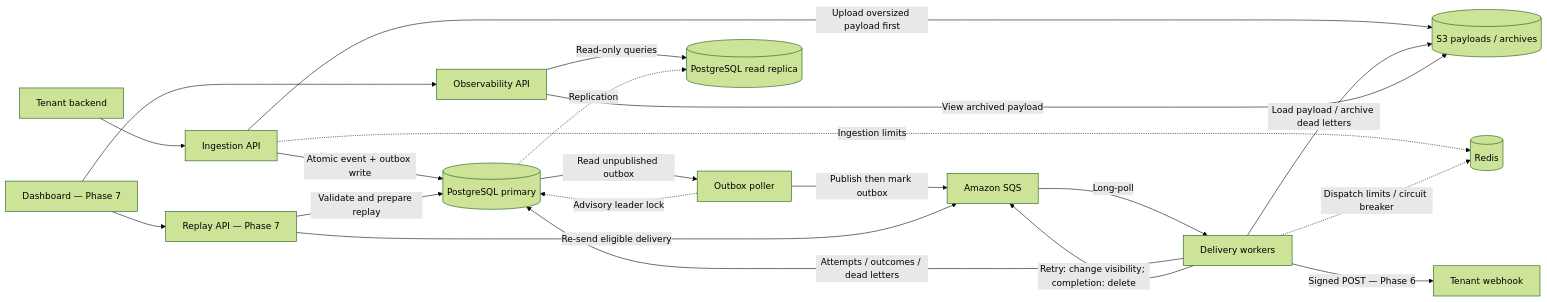
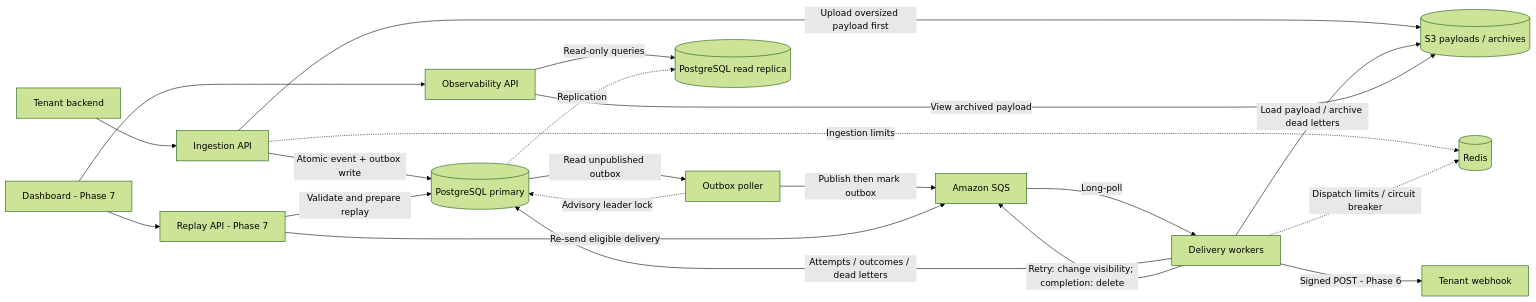
One commit to shreya-mishra325/waybill changed the diagram in docs/project-guide.md. Above: the diagram before and after it, drawn with Mermaid (forest theme). The commit also changed other lines of this file and 2 other files, not shown here.

Commit message:
docs: refine architecture documentation and remove Excalidraw references

````diff
--- a/docs/project-guide.md
+++ b/docs/project-guide.md
@@ -44,23 +44,23 @@
 ```mermaid
 flowchart LR
   tenant["Tenant backend"] --> api["Ingestion API"]
   api -->|"Upload oversized payload first"| s3[("S3 payloads / archives")]
   api -->|"Atomic event + outbox write"| primary[("PostgreSQL primary")]
   primary -->|"Read unpublished outbox"| poller["Outbox poller"]
   poller -.->|"Advisory leader lock"| primary
   poller -->|"Publish then mark outbox"| sqs["Amazon SQS"]
   sqs -->|"Long-poll"| worker["Delivery workers"]
   api -.->|"Ingestion limits"| redis[("Redis")]
   worker -.->|"Dispatch limits / circuit breaker"| redis
   worker -->|"Load payload / archive dead letters"| s3
-  worker -->|"Signed POST — Phase 6"| receiver["Tenant webhook"]
+  worker -->|"Signed POST - Phase 6"| receiver["Tenant webhook"]
   worker -->|"Attempts / outcomes / dead letters"| primary
   worker -->|"Retry: change visibility; completion: delete"| sqs
-  dashboard["Dashboard — Phase 7"] --> reads["Observability API"]
+  dashboard["Dashboard - Phase 7"] --> reads["Observability API"]
   reads -->|"Read-only queries"| replica[("PostgreSQL read replica")]
   reads -->|"View archived payload"| s3
   primary -.->|"Replication"| replica
-  dashboard --> replay["Replay API — Phase 7"]
+  dashboard --> replay["Replay API - Phase 7"]
   replay -->|"Validate and prepare replay"| primary
   replay -->|"Re-send eligible delivery"| sqs
 ```
````
